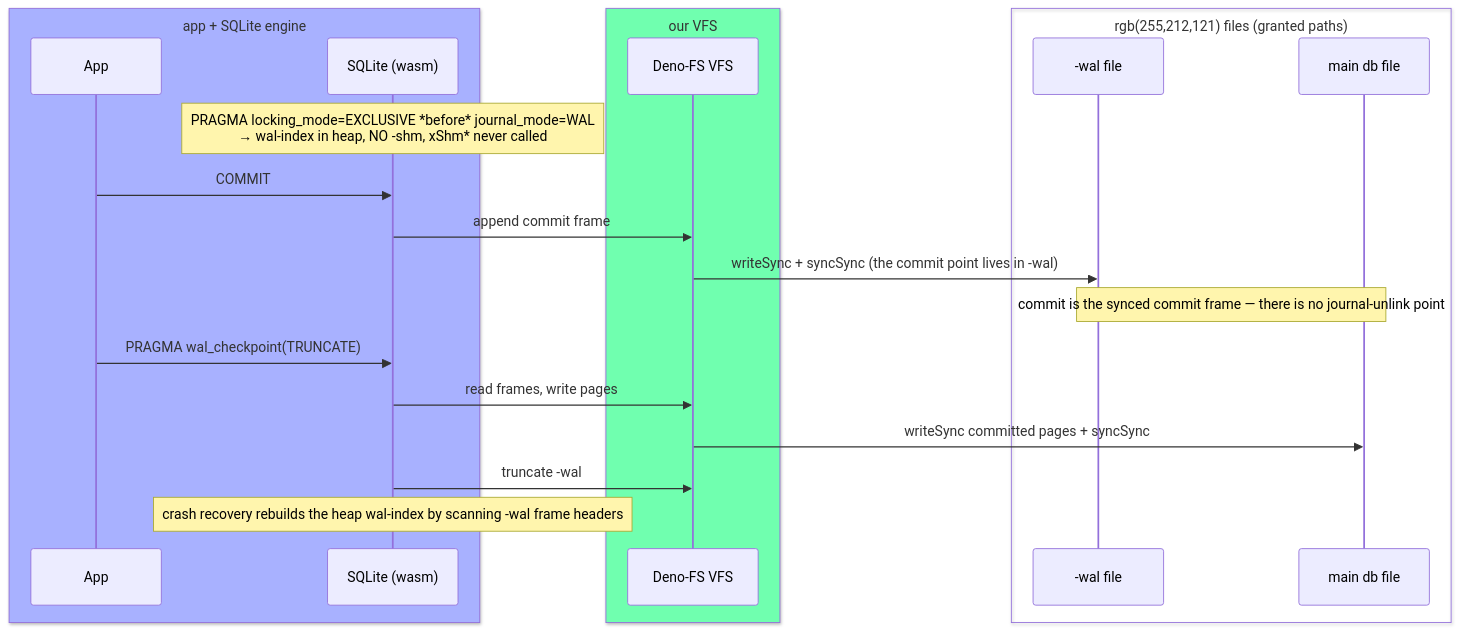
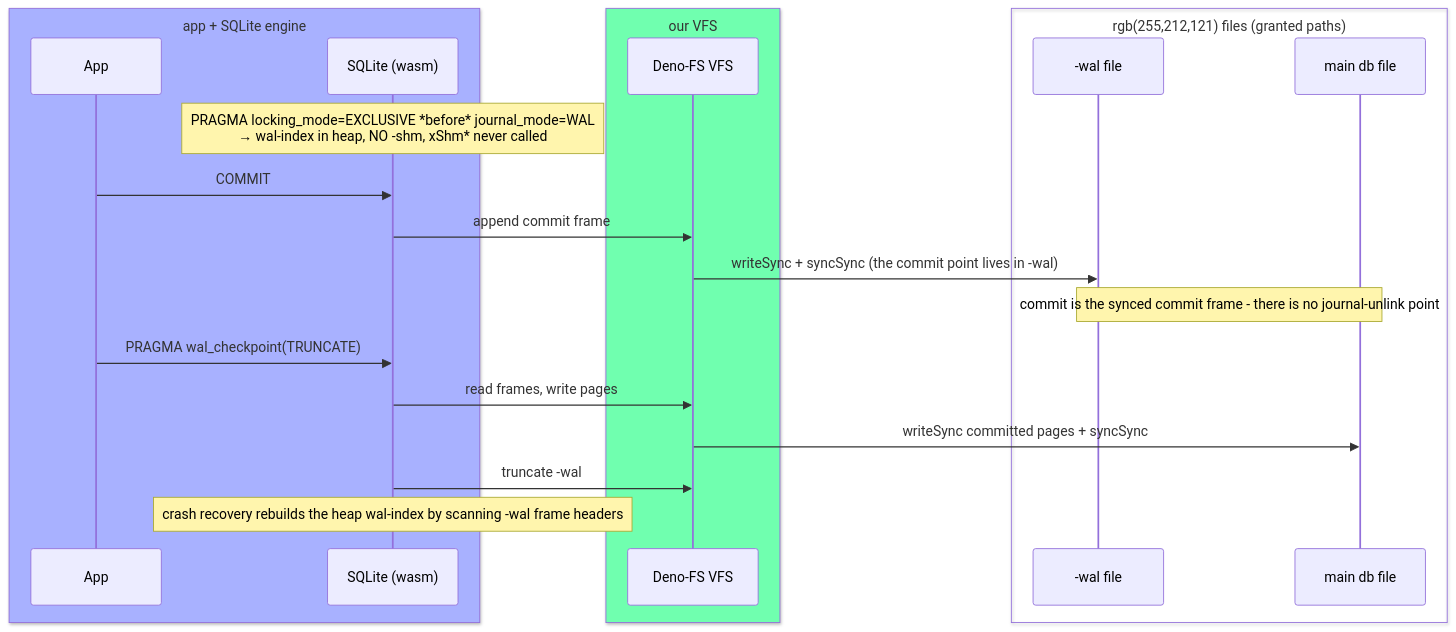
Before and after one commit to ul0gic/sqlite-deno: the third of 3 diagrams in README.md, drawn with Mermaid. The commit also changed other lines of this file, not shown here.

Commit message:
Tidy README architecture diagram alignment

````diff
--- a/README.md
+++ b/README.md
@@ -224,25 +225,25 @@
 ```mermaid
 sequenceDiagram
   box rgb(168,177,255) app + SQLite engine
     participant App
     participant SQLite as SQLite (wasm)
   end
   box rgb(112,255,175) our VFS
     participant VFS as Deno-FS VFS
   end
   box rgb(255,212,121) files (granted paths)
     participant WAL as -wal file
     participant DB as main db file
   end
 
   Note over SQLite: PRAGMA locking_mode=EXCLUSIVE *before* journal_mode=WAL<br/>→ wal-index in heap, NO -shm, xShm* never called
   App->>SQLite: COMMIT
   SQLite->>VFS: append commit frame
   VFS->>WAL: writeSync + syncSync (the commit point lives in -wal)
-  Note over WAL,DB: commit is the synced commit frame — there is no journal-unlink point
+  Note over WAL,DB: commit is the synced commit frame - there is no journal-unlink point
   App->>SQLite: PRAGMA wal_checkpoint(TRUNCATE)
   SQLite->>VFS: read frames, write pages
   VFS->>DB: writeSync committed pages + syncSync
   SQLite->>VFS: truncate -wal
   Note over SQLite: crash recovery rebuilds the heap wal-index by scanning -wal frame headers
 ```
````
